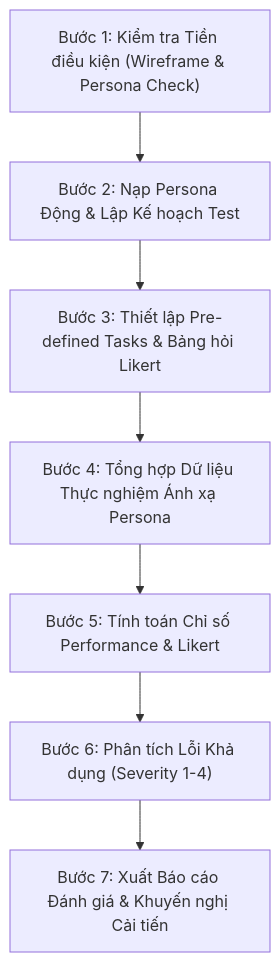
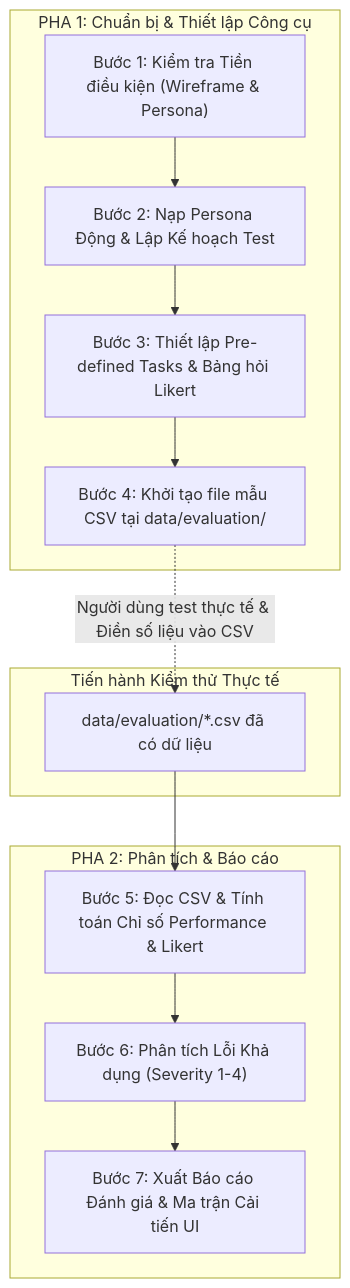
Before and after one commit to tinnguyen0706/hci-petcare: the diagram in skills/evaluation-generator/PLAN.md, drawn with Mermaid. The commit also changed other lines of this file and 7 other files, not shown here.

````diff
--- a/skills/evaluation-generator/PLAN.md
+++ b/skills/evaluation-generator/PLAN.md
@@ -45,9 +49,18 @@
 ```mermaid
 graph TD
-    Step1["Bước 1: Kiểm tra Tiền điều kiện (Wireframe & Persona Check)"] --> Step2["Bước 2: Nạp Persona Động & Lập Kế hoạch Test"]
-    Step2 --> Step3["Bước 3: Thiết lập Pre-defined Tasks & Bảng hỏi Likert"]
-    Step3 --> Step4["Bước 4: Tổng hợp Dữ liệu Thực nghiệm Ánh xạ Persona"]
-    Step4 --> Step5["Bước 5: Tính toán Chỉ số Performance & Likert"]
-    Step5 --> Step6["Bước 6: Phân tích Lỗi Khả dụng (Severity 1-4)"]
-    Step6 --> Step7["Bước 7: Xuất Báo cáo Đánh giá & Khuyến nghị Cải tiến"]
+    subgraph Phase1["PHA 1: Chuẩn bị & Thiết lập Công cụ"]
+        Step1["Bước 1: Kiểm tra Tiền điều kiện (Wireframe & Persona)"] --> Step2["Bước 2: Nạp Persona Động & Lập Kế hoạch Test"]
+        Step2 --> Step3["Bước 3: Thiết lập Pre-defined Tasks & Bảng hỏi Likert"]
+        Step3 --> Step4["Bước 4: Khởi tạo file mẫu CSV tại data/evaluation/"]
+    end
+    
+    subgraph Testing["Tiến hành Kiểm thử Thực tế"]
+        Step4 -.->|"Người dùng test thực tế & Điền số liệu vào CSV"| RealData["data/evaluation/*.csv đã có dữ liệu"]
+    end
+
+    subgraph Phase2["PHA 2: Phân tích & Báo cáo"]
+        RealData --> Step5["Bước 5: Đọc CSV & Tính toán Chỉ số Performance & Likert"]
+        Step5 --> Step6["Bước 6: Phân tích Lỗi Khả dụng (Severity 1-4)"]
+        Step6 --> Step7["Bước 7: Xuất Báo cáo Đánh giá & Ma trận Cải tiến UI"]
+    end
 ```
````
